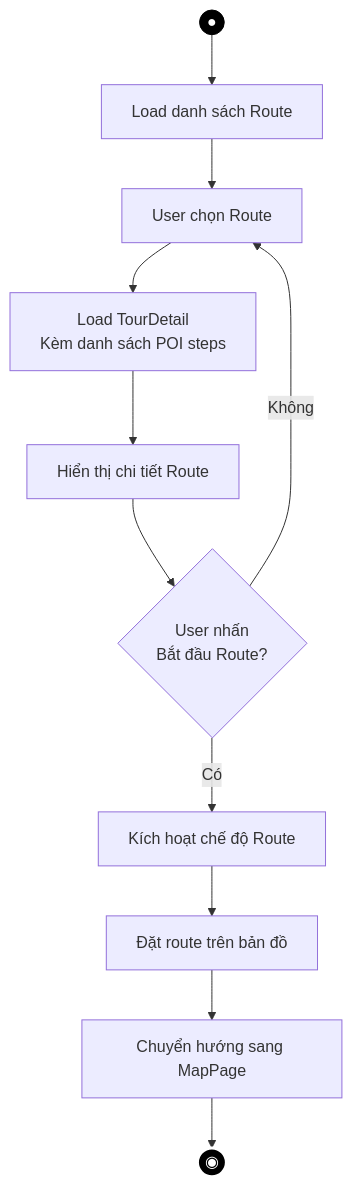
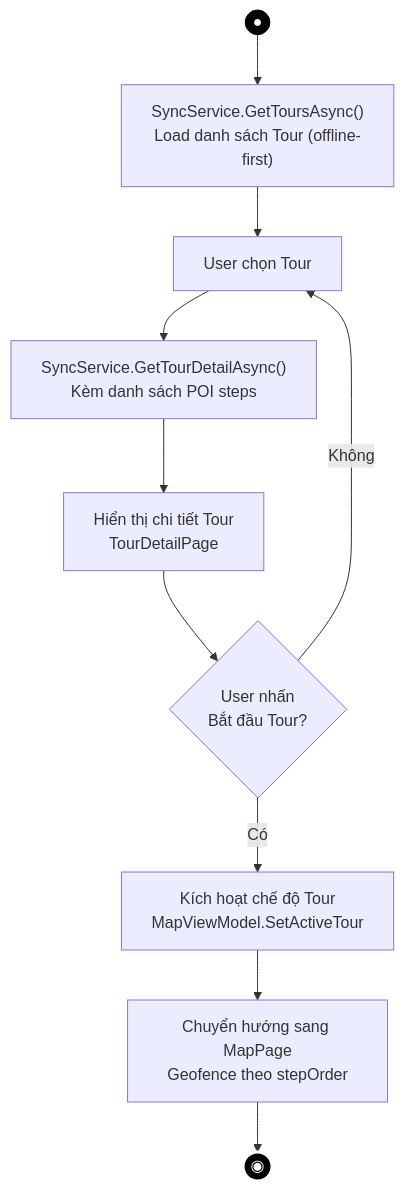
One commit to quynhtien1977/AudioGo changed diagram 55 of 58 in PRD.md. Above: the diagram before and after it, drawn with Mermaid. The commit also changed other lines of this file, not shown here.

````diff
--- a/PRD.md
+++ b/PRD.md
@@ -2136,16 +2440,15 @@
 ```mermaid
 flowchart TD
-    START((●)) --> LOAD_TOURS[Load danh sách Route]
-    LOAD_TOURS --> SELECT_TOUR[User chọn Route]
-    SELECT_TOUR --> LOAD_DETAIL[Load TourDetail<br/>Kèm danh sách POI steps]
-    LOAD_DETAIL --> DISPLAY[Hiển thị chi tiết Route]
-    DISPLAY --> START_TOUR{User nhấn<br/>Bắt đầu Route?}
+    START((●)) --> LOAD_TOURS["SyncService.GetToursAsync()<br/>Load danh sách Tour (offline-first)"]
+    LOAD_TOURS --> SELECT_TOUR[User chọn Tour]
+    SELECT_TOUR --> LOAD_DETAIL["SyncService.GetTourDetailAsync()<br/>Kèm danh sách POI steps"]
+    LOAD_DETAIL --> DISPLAY[Hiển thị chi tiết Tour<br/>TourDetailPage]
+    DISPLAY --> START_TOUR{User nhấn<br/>Bắt đầu Tour?}
     START_TOUR -- Không --> SELECT_TOUR
-    START_TOUR -- Có --> START_MODE[Kích hoạt chế độ Route]
-    START_MODE --> SET_ROUTE[Đặt route trên bản đồ]
-    SET_ROUTE --> NAV_MAP[Chuyển hướng sang MapPage]
+    START_TOUR -- Có --> START_MODE[Kích hoạt chế độ Tour<br/>MapViewModel.SetActiveTour]
+    START_MODE --> NAV_MAP[Chuyển hướng sang MapPage<br/>Geofence theo stepOrder]
     NAV_MAP --> END_NODE((◉))
     
     style START fill:#000,color:#fff,stroke:#000
     style END_NODE fill:#000,color:#fff,stroke:#fff,stroke-width:3px
 ```
````
